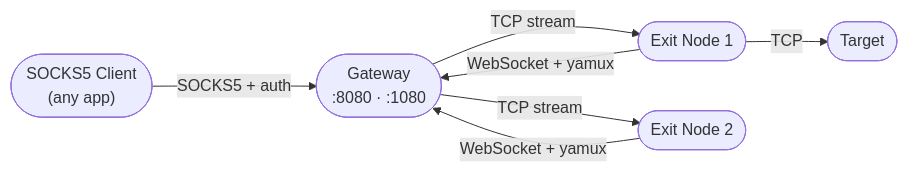
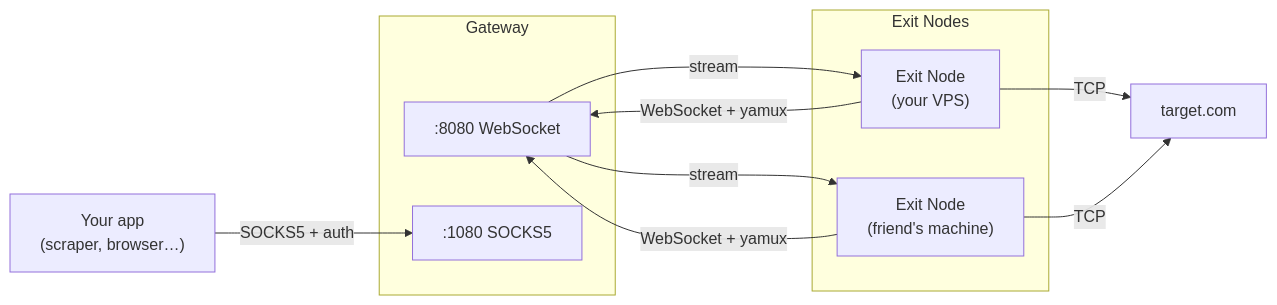
One commit to mrggvg/ambush changed the diagram in README.md. Above: the diagram before and after it, drawn with Mermaid. The commit also changed other lines of this file, not shown here.

````diff
--- a/README.md
+++ b/README.md
@@ -26,15 +29,24 @@
 ```mermaid
 flowchart LR
-    C(["SOCKS5 Client\n(any app)"])
-    GW(["Gateway\n:8080 · :1080"])
-    EN1(["Exit Node 1"])
-    EN2(["Exit Node 2"])
-    T(["Target"])
+    app["Your app\n(scraper, browser…)"]
 
-    C -->|"SOCKS5 + auth"| GW
-    EN1 -->|"WebSocket + yamux"| GW
-    EN2 -->|"WebSocket + yamux"| GW
-    GW -->|"TCP stream"| EN1
-    GW -->|"TCP stream"| EN2
-    EN1 -->|TCP| T
+    subgraph gw["Gateway"]
+        ws[":8080 WebSocket"]
+        socks[":1080 SOCKS5"]
+    end
+
+    subgraph nodes["Exit Nodes"]
+        e1["Exit Node\n(your VPS)"]
+        e2["Exit Node\n(friend's machine)"]
+    end
+
+    target["target.com"]
+
+    app -->|"SOCKS5 + auth"| socks
+    e1 -->|"WebSocket + yamux"| ws
+    e2 -->|"WebSocket + yamux"| ws
+    ws -->|"stream"| e1
+    ws -->|"stream"| e2
+    e1 -->|TCP| target
+    e2 -->|TCP| target
 ```
````
